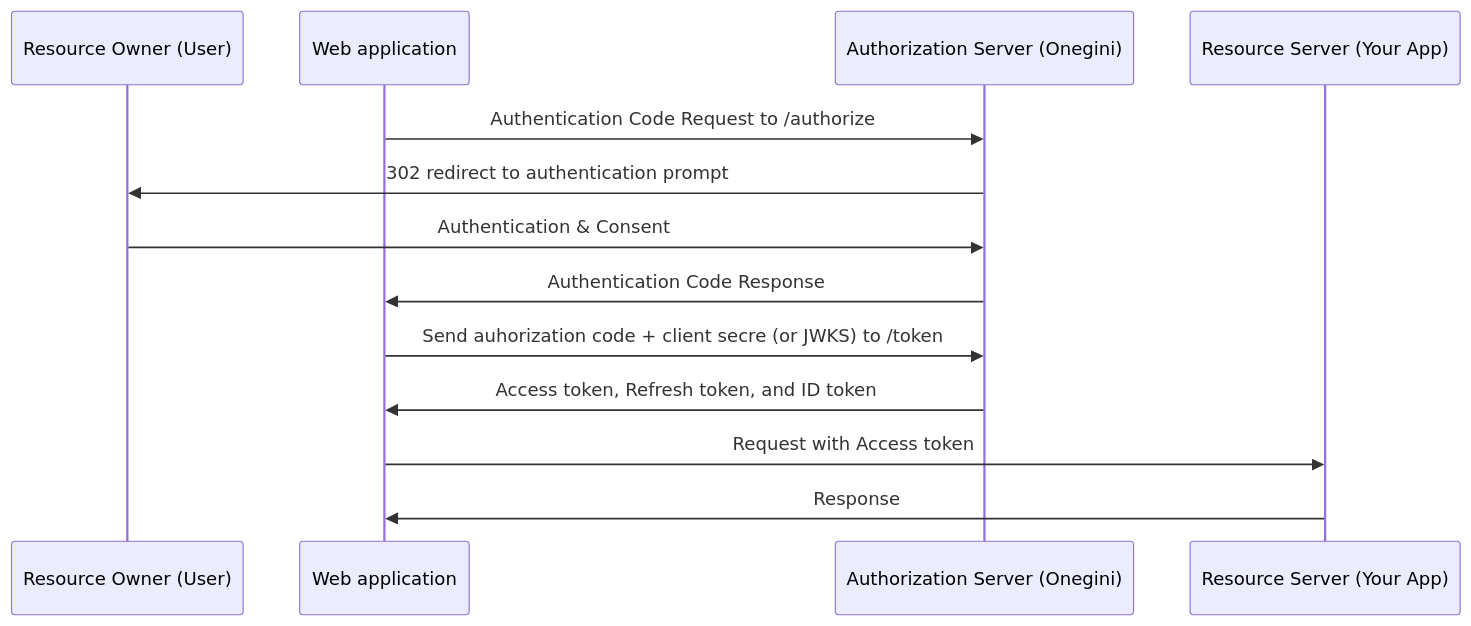
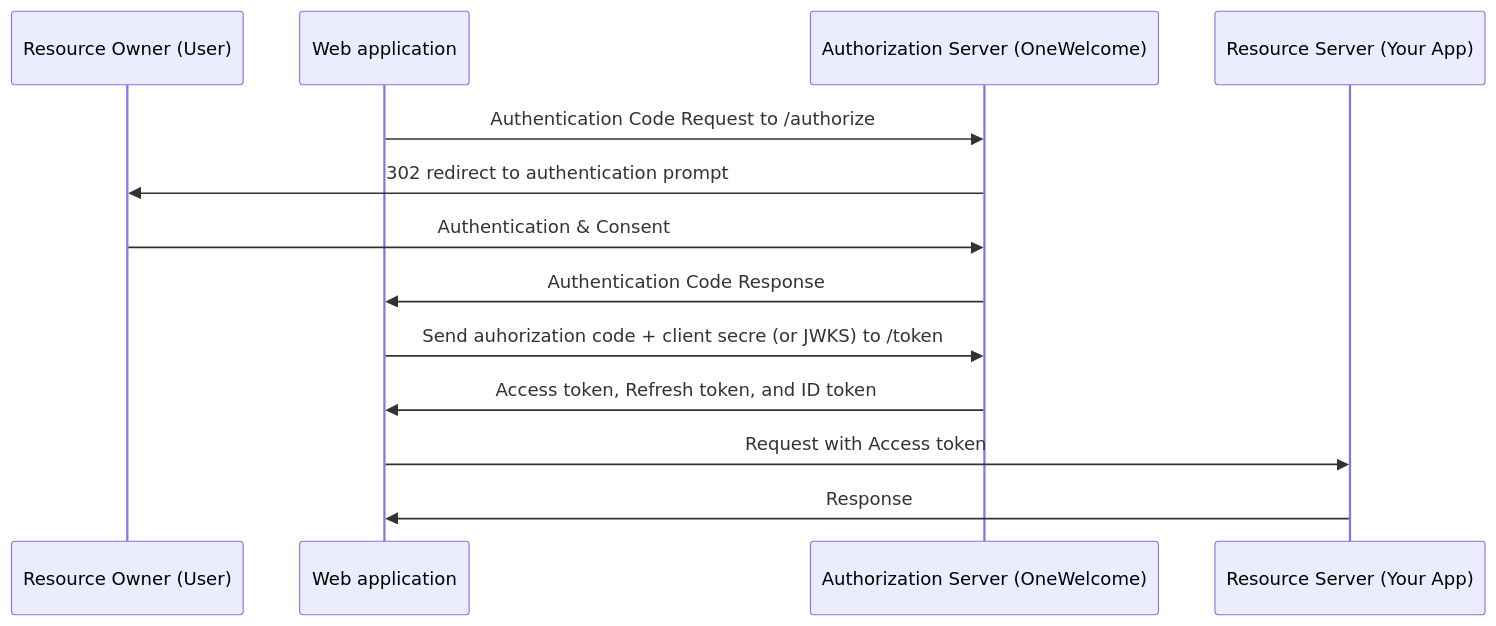
One commit to onewelcome/identity-cloud-documentation changed the first of 3 diagrams in docs/oauth-vs-oidc.md. Above: the diagram before and after it, drawn with Mermaid. The commit also changed other lines of this file and 24 other files, not shown here.

````diff
--- a/docs/oauth-vs-oidc.md
+++ b/docs/oauth-vs-oidc.md
@@ -85,16 +85,16 @@
 ```mermaid
 sequenceDiagram
     participant RO as Resource Owner (User)
     participant RP as Web application
-    participant AS as Authorization Server (Onegini)
+    participant AS as Authorization Server (OneWelcome)
     participant RS as Resource Server (Your App)
 
     RP->>AS: Authentication Code Request to /authorize
     AS->>RO: 302 redirect to authentication prompt
     RO->>AS: Authentication & Consent
     AS->>RP: Authentication Code Response
     RP->>AS: Send auhorization code + client secre (or JWKS) to /token
     AS->>RP: Access token, Refresh token, and ID token
     RP->>RS: Request with Access token
     RS->>RP: Response
 ```
````
